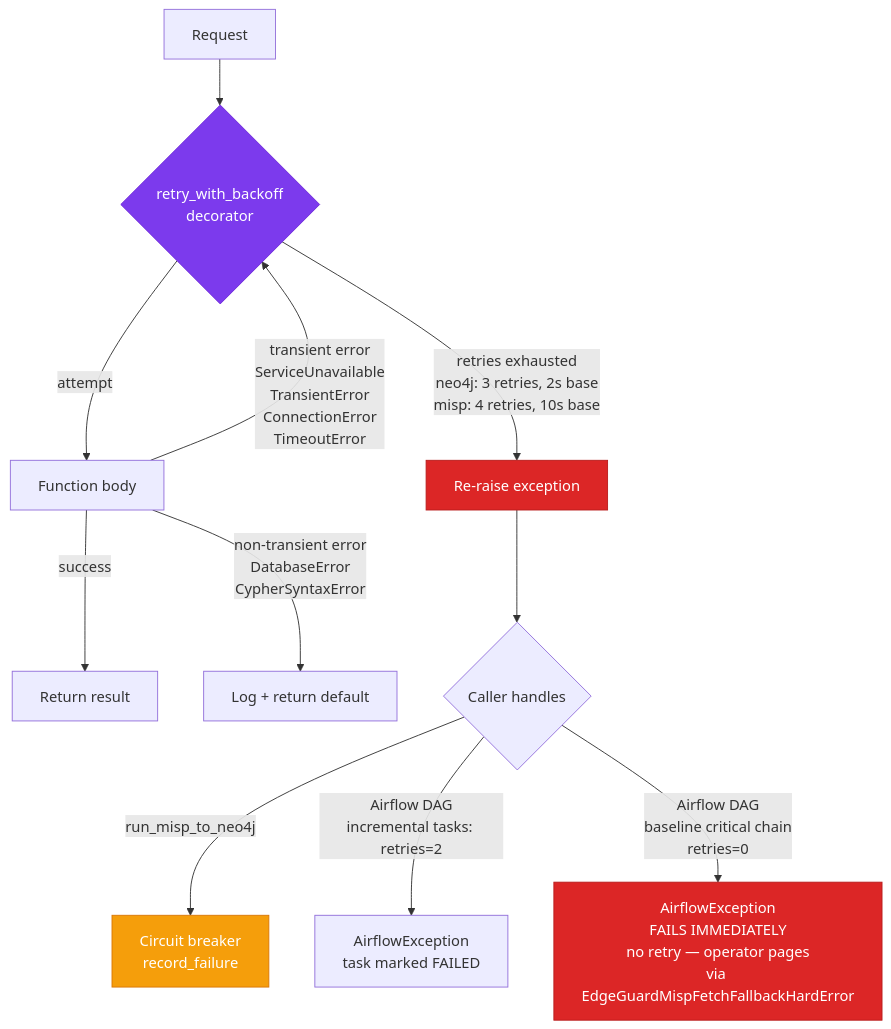
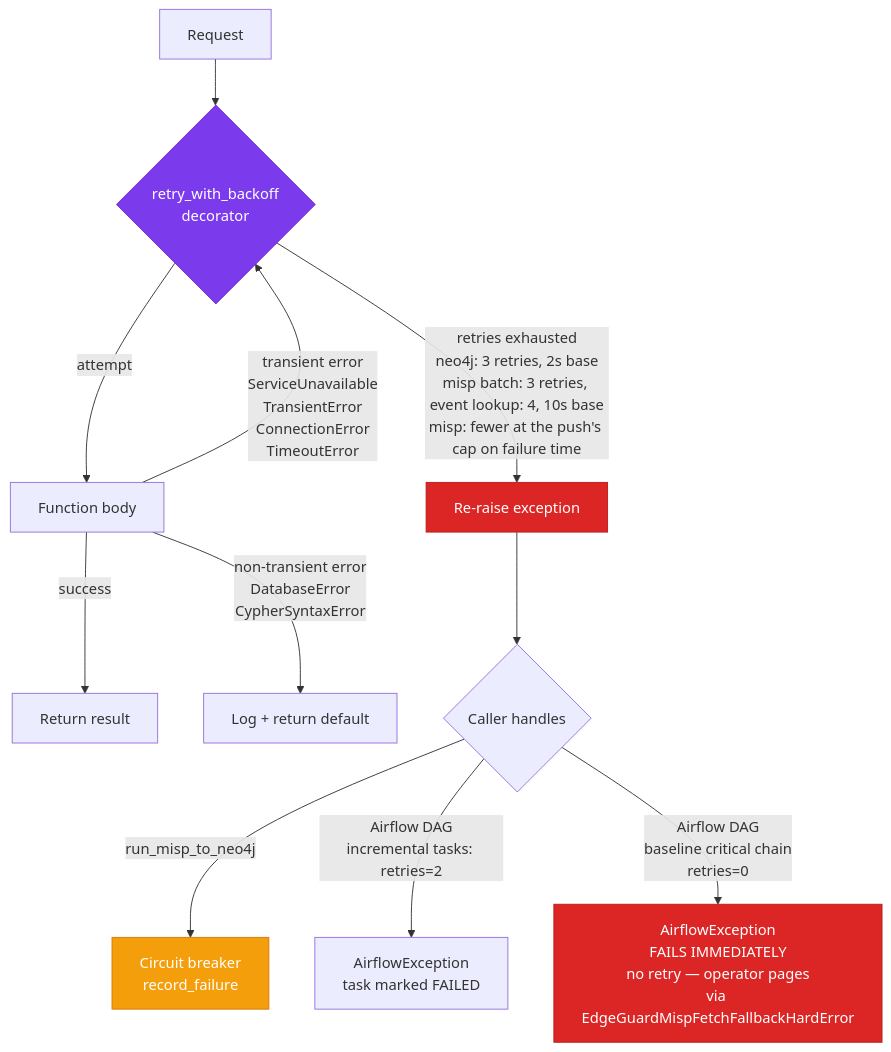
One commit to Kopanov/EdgeGuard-Knowledge-Graph changed the sixth of 8 diagrams in docs/ARCHITECTURE_DIAGRAMS.md. Above: the diagram before and after it, drawn with Mermaid. The commit also changed other lines of this file and 35 other files, not shown here.

````diff
--- a/docs/ARCHITECTURE_DIAGRAMS.md
+++ b/docs/ARCHITECTURE_DIAGRAMS.md
@@ -241,19 +241,19 @@
 ```mermaid
 flowchart TD
     REQ[Request] --> DEC{retry_with_backoff<br/>decorator}
     DEC -->|attempt| FN[Function body]
     FN -->|success| RET[Return result]
     FN -->|transient error<br/>ServiceUnavailable<br/>TransientError<br/>ConnectionError<br/>TimeoutError| DEC
     FN -->|non-transient error<br/>DatabaseError<br/>CypherSyntaxError| ERR[Log + return default]
 
-    DEC -->|retries exhausted<br/>neo4j: 3 retries, 2s base<br/>misp: 4 retries, 10s base| RAISE[Re-raise exception]
+    DEC -->|retries exhausted<br/>neo4j: 3 retries, 2s base<br/>misp batch: 3 retries, event lookup: 4, 10s base<br/>misp: fewer at the push's cap on failure time| RAISE[Re-raise exception]
     RAISE --> CALLER{Caller handles}
     CALLER -->|run_misp_to_neo4j| CIRCUIT[Circuit breaker<br/>record_failure]
     CALLER -->|Airflow DAG<br/>incremental tasks: retries=2| AIRFLOW[AirflowException<br/>task marked FAILED]
     CALLER -->|Airflow DAG<br/>baseline critical chain<br/>retries=0| BASELINE_FAIL[AirflowException<br/>FAILS IMMEDIATELY<br/>no retry — operator pages<br/>via EdgeGuardMispFetchFallbackHardError]
 
     style DEC fill:#7c3aed,stroke:#6d28d9,color:#fff
     style RAISE fill:#dc2626,stroke:#b91c1c,color:#fff
     style CIRCUIT fill:#f59e0b,stroke:#d97706,color:#fff
     style BASELINE_FAIL fill:#dc2626,stroke:#b91c1c,color:#fff
 ```
````
